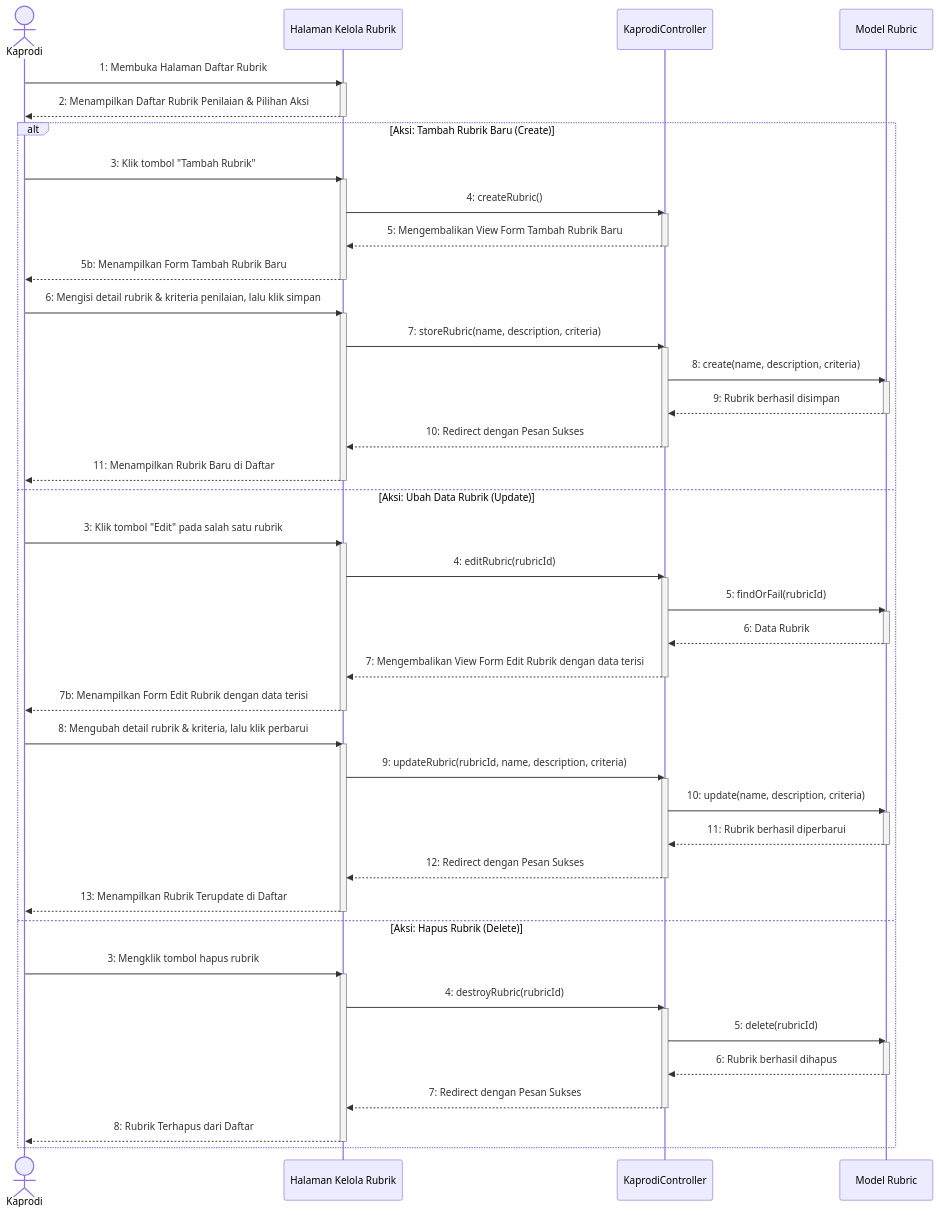
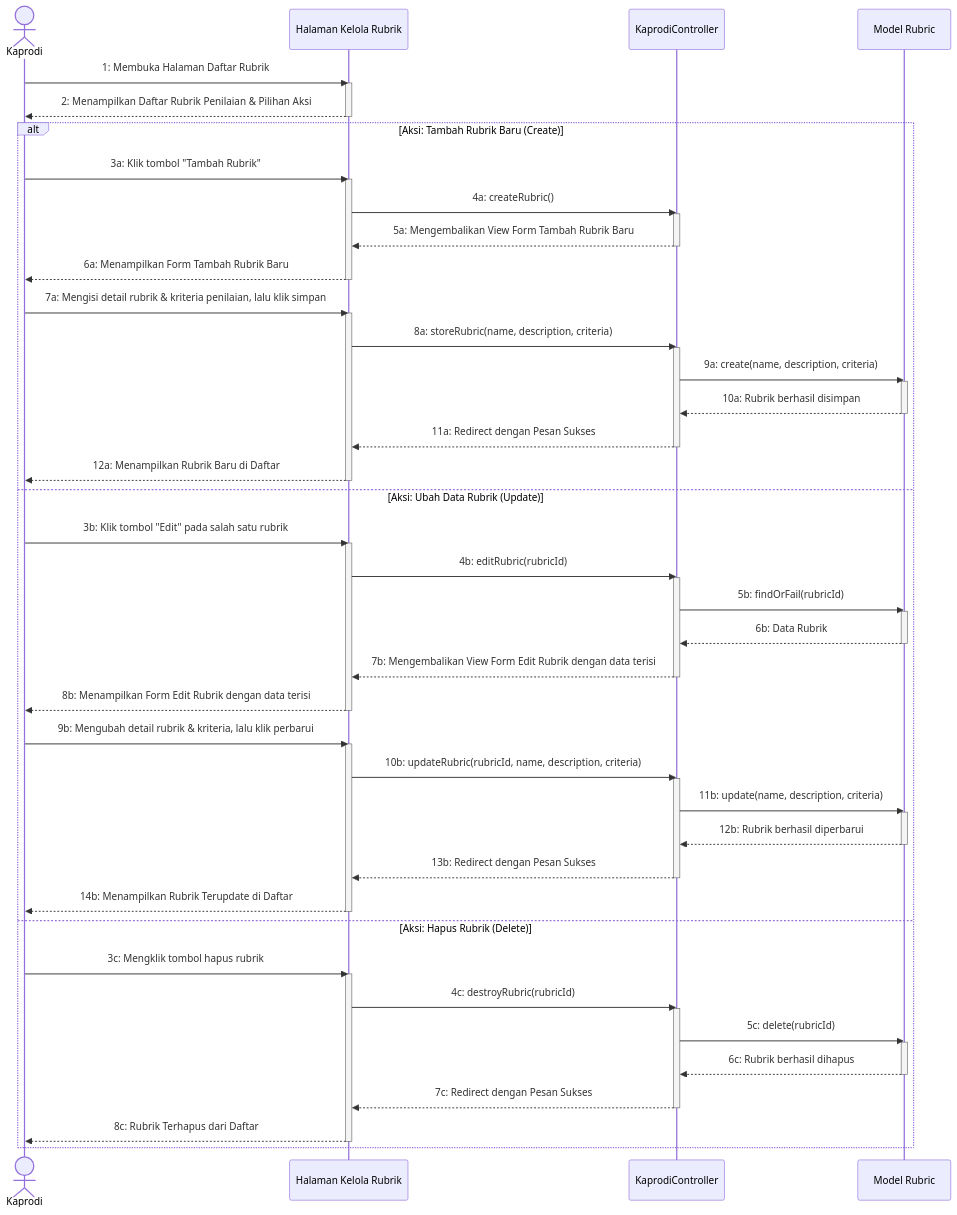
Before and after one commit to Duandi04/ta_submission: the diagram in docs/uml/Sequence Diagram/Kaprodi/sequence_diagram_kelola_rubrik_penilaian.md, drawn with Mermaid. The commit also changed 7 other files, not shown here.

Commit message:
refactor: reindex sequence diagram step identifiers for consistency across all user and administrative flows

````diff
--- a/docs/uml/Sequence Diagram/Kaprodi/sequence_diagram_kelola_rubrik_penilaian.md
+++ b/docs/uml/Sequence Diagram/Kaprodi/sequence_diagram_kelola_rubrik_penilaian.md
@@ -21,67 +21,67 @@
     %% TAHAP LANJUTAN: PILIHAN TINDAKAN (ALT BLOCK)
     %% ==========================================
     alt Aksi: Tambah Rubrik Baru (Create)
-        Kaprodi->>UI: 3: Klik tombol "Tambah Rubrik"
+        Kaprodi->>UI: 3a: Klik tombol "Tambah Rubrik"
         activate UI
-        UI->>Ctrl: 4: createRubric()
+        UI->>Ctrl: 4a: createRubric()
         activate Ctrl
-        Ctrl-->>UI: 5: Mengembalikan View Form Tambah Rubrik Baru
+        Ctrl-->>UI: 5a: Mengembalikan View Form Tambah Rubrik Baru
         deactivate Ctrl
-        UI-->>Kaprodi: 5b: Menampilkan Form Tambah Rubrik Baru
+        UI-->>Kaprodi: 6a: Menampilkan Form Tambah Rubrik Baru
         deactivate UI
 
-        Kaprodi->>UI: 6: Mengisi detail rubrik & kriteria penilaian, lalu klik simpan
+        Kaprodi->>UI: 7a: Mengisi detail rubrik & kriteria penilaian, lalu klik simpan
         activate UI
-        UI->>Ctrl: 7: storeRubric(name, description, criteria)
+        UI->>Ctrl: 8a: storeRubric(name, description, criteria)
         activate Ctrl
-        Ctrl->>Model: 8: create(name, description, criteria)
+        Ctrl->>Model: 9a: create(name, description, criteria)
         activate Model
-        Model-->>Ctrl: 9: Rubrik berhasil disimpan
+        Model-->>Ctrl: 10a: Rubrik berhasil disimpan
         deactivate Model
-        Ctrl-->>UI: 10: Redirect dengan Pesan Sukses
+        Ctrl-->>UI: 11a: Redirect dengan Pesan Sukses
         deactivate Ctrl
-        UI-->>Kaprodi: 11: Menampilkan Rubrik Baru di Daftar
+        UI-->>Kaprodi: 12a: Menampilkan Rubrik Baru di Daftar
         deactivate UI
 
     else Aksi: Ubah Data Rubrik (Update)
-        Kaprodi->>UI: 3: Klik tombol "Edit" pada salah satu rubrik
+        Kaprodi->>UI: 3b: Klik tombol "Edit" pada salah satu rubrik
         activate UI
-        UI->>Ctrl: 4: editRubric(rubricId)
+        UI->>Ctrl: 4b: editRubric(rubricId)
         activate Ctrl
-        Ctrl->>Model: 5: findOrFail(rubricId)
+        Ctrl->>Model: 5b: findOrFail(rubricId)
         activate Model
-        Model-->>Ctrl: 6: Data Rubrik
+        Model-->>Ctrl: 6b: Data Rubrik
         deactivate Model
-        Ctrl-->>UI: 7: Mengembalikan View Form Edit Rubrik dengan data terisi
+        Ctrl-->>UI: 7b: Mengembalikan View Form Edit Rubrik dengan data terisi
         deactivate Ctrl
-        UI-->>Kaprodi: 7b: Menampilkan Form Edit Rubrik dengan data terisi
+        UI-->>Kaprodi: 8b: Menampilkan Form Edit Rubrik dengan data terisi
         deactivate UI
 
-        Kaprodi->>UI: 8: Mengubah detail rubrik & kriteria, lalu klik perbarui
+        Kaprodi->>UI: 9b: Mengubah detail rubrik & kriteria, lalu klik perbarui
         activate UI
-        UI->>Ctrl: 9: updateRubric(rubricId, name, description, criteria)
+        UI->>Ctrl: 10b: updateRubric(rubricId, name, description, criteria)
         activate Ctrl
-        Ctrl->>Model: 10: update(name, description, criteria)
+        Ctrl->>Model: 11b: update(name, description, criteria)
         activate Model
-        Model-->>Ctrl: 11: Rubrik berhasil diperbarui
+        Model-->>Ctrl: 12b: Rubrik berhasil diperbarui
         deactivate Model
-        Ctrl-->>UI: 12: Redirect dengan Pesan Sukses
+        Ctrl-->>UI: 13b: Redirect dengan Pesan Sukses
         deactivate Ctrl
-        UI-->>Kaprodi: 13: Menampilkan Rubrik Terupdate di Daftar
+        UI-->>Kaprodi: 14b: Menampilkan Rubrik Terupdate di Daftar
         deactivate UI
 
     else Aksi: Hapus Rubrik (Delete)
-        Kaprodi->>UI: 3: Mengklik tombol hapus rubrik
+        Kaprodi->>UI: 3c: Mengklik tombol hapus rubrik
         activate UI
-        UI->>Ctrl: 4: destroyRubric(rubricId)
+        UI->>Ctrl: 4c: destroyRubric(rubricId)
         activate Ctrl
-        Ctrl->>Model: 5: delete(rubricId)
+        Ctrl->>Model: 5c: delete(rubricId)
         activate Model
-        Model-->>Ctrl: 6: Rubrik berhasil dihapus
+        Model-->>Ctrl: 6c: Rubrik berhasil dihapus
         deactivate Model
-        Ctrl-->>UI: 7: Redirect dengan Pesan Sukses
+        Ctrl-->>UI: 7c: Redirect dengan Pesan Sukses
         deactivate Ctrl
-        UI-->>Kaprodi: 8: Rubrik Terhapus dari Daftar
+        UI-->>Kaprodi: 8c: Rubrik Terhapus dari Daftar
         deactivate UI
     end
 ```
````
